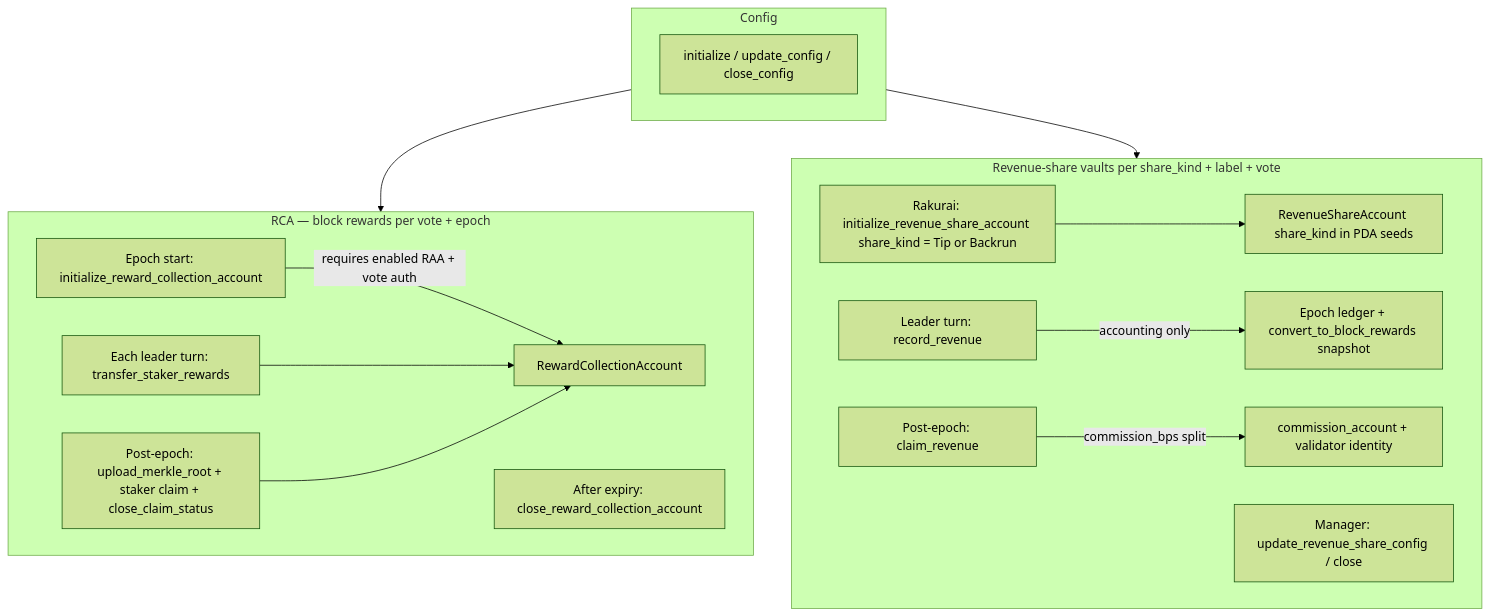
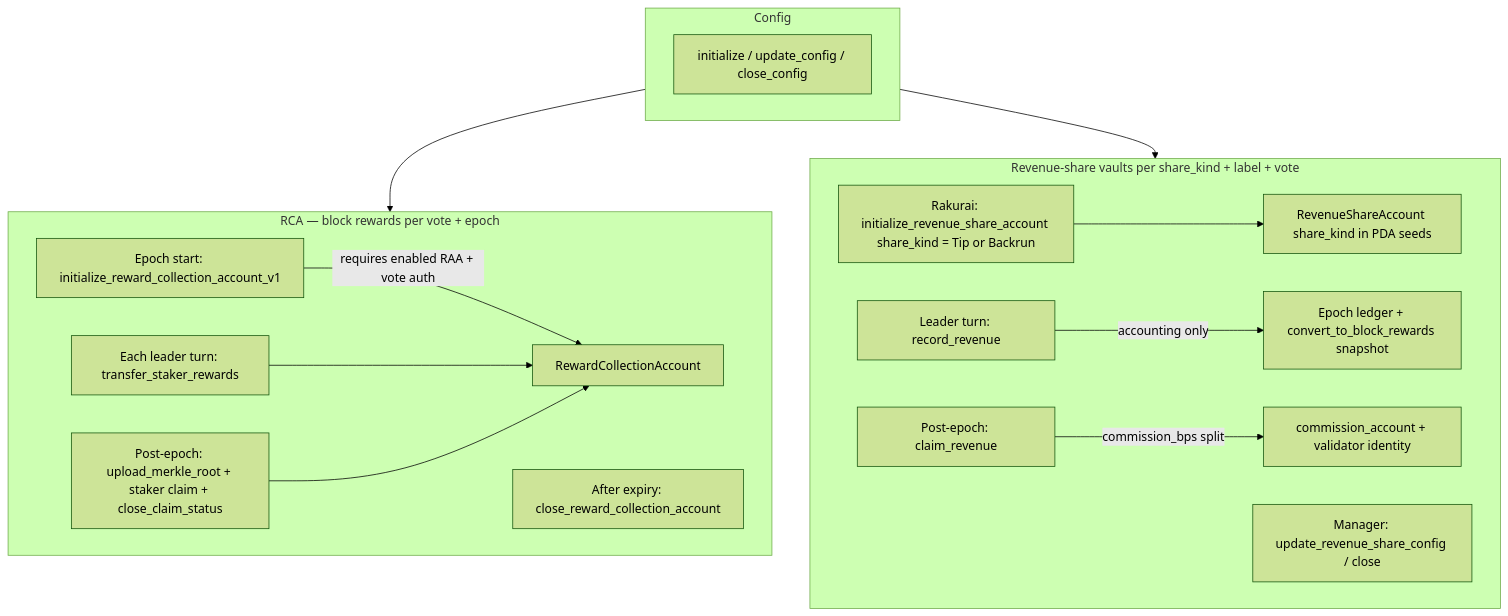
Before and after one commit to rakurai-io/rakurai_programs: the second of 4 diagrams in diagram/program-flow-diagrams.md, drawn with Mermaid (forest theme). The commit also changed other lines of this file and 11 other files, not shown here.

````diff
--- a/diagram/program-flow-diagrams.md
+++ b/diagram/program-flow-diagrams.md
@@ -60,29 +60,29 @@
 ```mermaid
 flowchart TD
     subgraph config [Config]
         RD0[initialize / update_config / close_config]
     end
 
     subgraph rca [RCA — block rewards per vote + epoch]
-        R1[Epoch start: initialize_reward_collection_account]
+        R1[Epoch start: initialize_reward_collection_account_v1]
         R1 -->|requires enabled RAA + vote auth| RCA[RewardCollectionAccount]
         R2[Each leader turn: transfer_staker_rewards]
         R2 --> RCA
         R3[Post-epoch: upload_merkle_root + staker claim + close_claim_status]
         R3 --> RCA
         R4[After expiry: close_reward_collection_account]
     end
 
     subgraph revenue [Revenue-share vaults per share_kind + label + vote]
         P0[Rakurai: initialize_revenue_share_account share_kind = Tip or Backrun]
         P0 --> PTS[RevenueShareAccount share_kind in PDA seeds]
         P1[Leader turn: record_revenue]
         P1 -->|accounting only| LEDGER[Epoch ledger + convert_to_block_rewards snapshot]
         P2[Post-epoch: claim_revenue]
         P2 -->|commission_bps split| PAY[commission_account + validator identity]
         P3[Manager: update_revenue_share_config / close]
     end
 
     config --> rca
     config --> revenue
 ```
````
